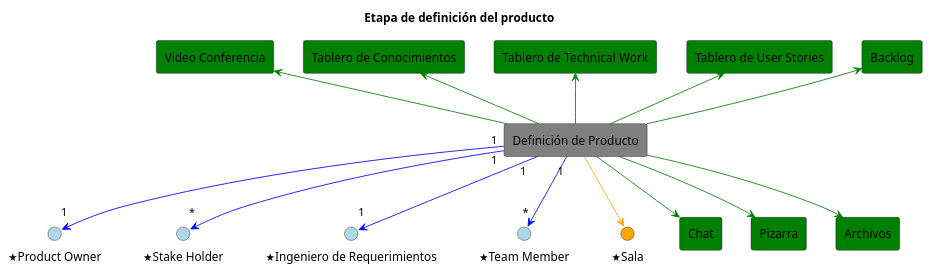
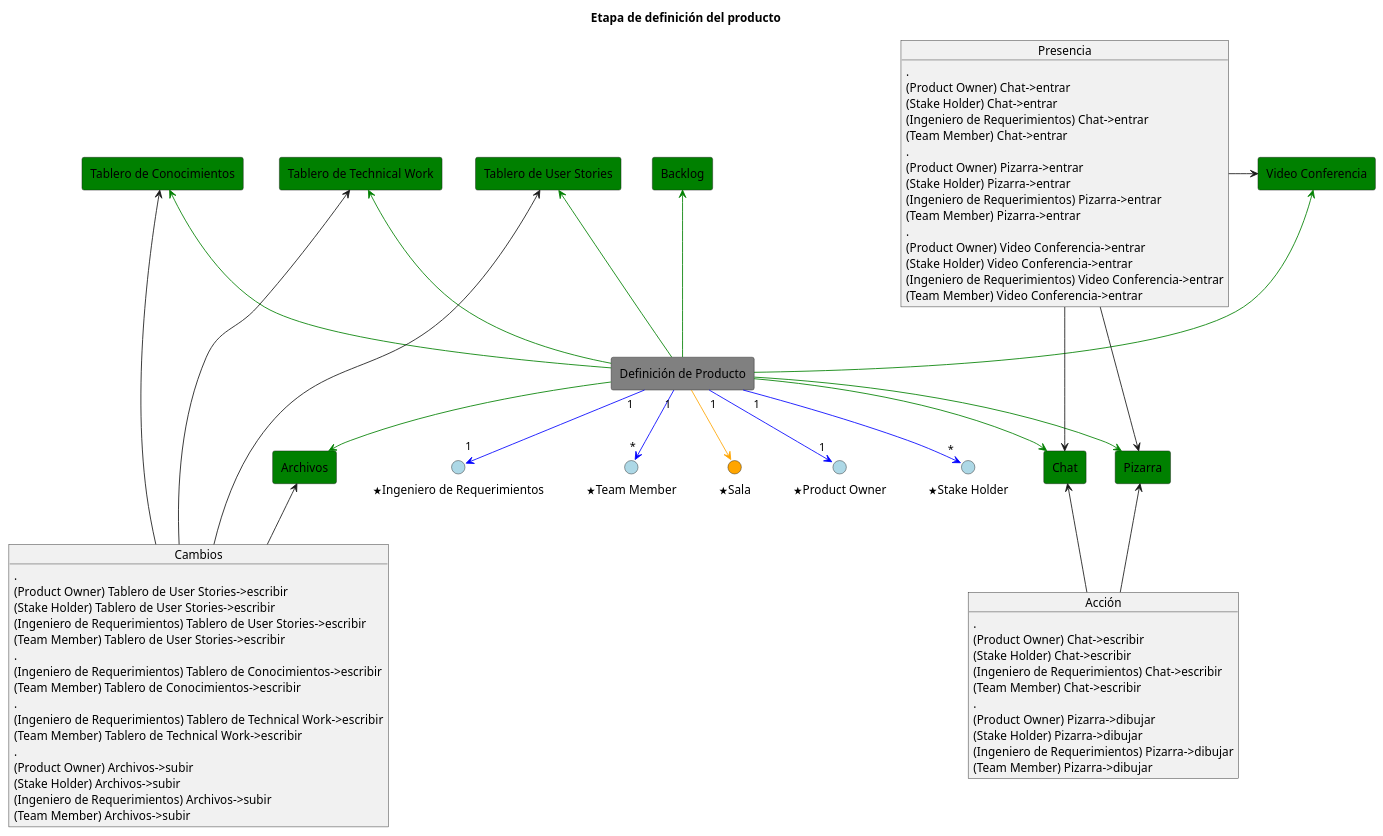
Before and after one commit to pablodanielrey/colaborativos: the first of 2 diagrams in entrega1/actividades/product/product.plantuml, drawn with PlantUML. The commit also changed other lines of this file, not shown here.

Commit message:
corrijo un poco la fucionalidad y agrego mas awarness

```diff
--- a/entrega1/actividades/product/product.plantuml
+++ b/entrega1/actividades/product/product.plantuml
@@ -1,34 +1,101 @@
 @startuml
 title Etapa de definición del producto
 allowmixing
 
 () "<&star>Product Owner" as owner #LightBlue
 () "<&star>Stake Holder" as sh #LightBlue
 () "<&star>Ingeniero de Requerimientos" as rem #LightBlue
 () "<&star>Team Member" as tm #LightBlue
 () "<&star>Sala" as room #Orange
 rectangle "Definición de Producto" as product #Gray
 rectangle "Tablero de User Stories" as user_stories #Green
 rectangle "Tablero de Technical Work" as technical_work #Green
 rectangle "Tablero de Conocimientos" as knoledge_adquisition #Green
 rectangle "Backlog" as product_backlog #Green
 rectangle "Video Conferencia" as video #Green
 rectangle "Chat" as chat #Green
 rectangle "Pizarra" as blackboard #Green
 rectangle "Archivos" as files #Green
 
 product "1" -d[#Blue]-> "1" owner
 product "1" -d[#Blue]-> "*" sh
 product "1" -d[#Blue]-> "1" rem
 product "1" -d[#Blue]-> "*" tm
 product -u[#Green]-> product_backlog
 product -u[#Green]-> user_stories
 product -u[#Green]-> technical_work
 product -u[#Green]-> knoledge_adquisition
 product -u[#Green]-> video
 product -d[#Orange]-> room
 product -d[#Green]-> blackboard
 product -d[#Green]-> chat
 product -d[#Green]-> files
 
+
+object Presencia {
+    .
+    (Product Owner) Chat->entrar
+    (Stake Holder) Chat->entrar
+    (Ingeniero de Requerimientos) Chat->entrar
+    (Team Member) Chat->entrar
+    .
+    (Product Owner) Pizarra->entrar
+    (Stake Holder) Pizarra->entrar
+    (Ingeniero de Requerimientos) Pizarra->entrar
+    (Team Member) Pizarra->entrar    
+    .
+    (Product Owner) Video Conferencia->entrar
+    (Stake Holder) Video Conferencia->entrar
+    (Ingeniero de Requerimientos) Video Conferencia->entrar
+    (Team Member) Video Conferencia->entrar    
+
+}
+
+
+Presencia -> video
+Presencia -> chat
+Presencia -> blackboard
+
+
+object Acción {
+    .
+    (Product Owner) Chat->escribir
+    (Stake Holder) Chat->escribir
+    (Ingeniero de Requerimientos) Chat->escribir
+    (Team Member) Chat->escribir
+
+    .
+    (Product Owner) Pizarra->dibujar
+    (Stake Holder) Pizarra->dibujar
+    (Ingeniero de Requerimientos) Pizarra->dibujar
+    (Team Member) Pizarra->dibujar
+}
+
+Acción -u-> chat
+Acción -u-> blackboard
+
+object Cambios {
+    .
+    (Product Owner) Tablero de User Stories->escribir
+    (Stake Holder) Tablero de User Stories->escribir
+    (Ingeniero de Requerimientos) Tablero de User Stories->escribir
+    (Team Member) Tablero de User Stories->escribir
+    .
+    (Ingeniero de Requerimientos) Tablero de Conocimientos->escribir
+    (Team Member) Tablero de Conocimientos->escribir
+    .
+    (Ingeniero de Requerimientos) Tablero de Technical Work->escribir
+    (Team Member) Tablero de Technical Work->escribir
+    .
+    (Product Owner) Archivos->subir
+    (Stake Holder) Archivos->subir
+    (Ingeniero de Requerimientos) Archivos->subir
+    (Team Member) Archivos->subir    
+}
+
+Cambios -u-> files
+Cambios -u-> user_stories
+Cambios -u-> technical_work
+Cambios -u-> knoledge_adquisition
+
 @enduml
```
